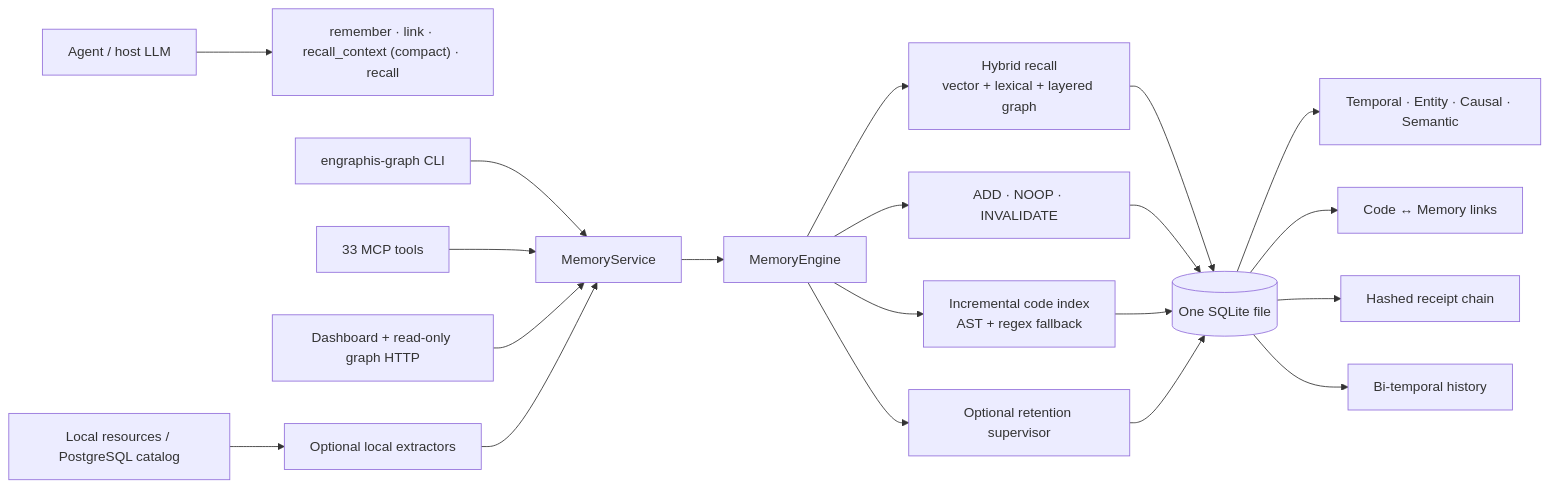
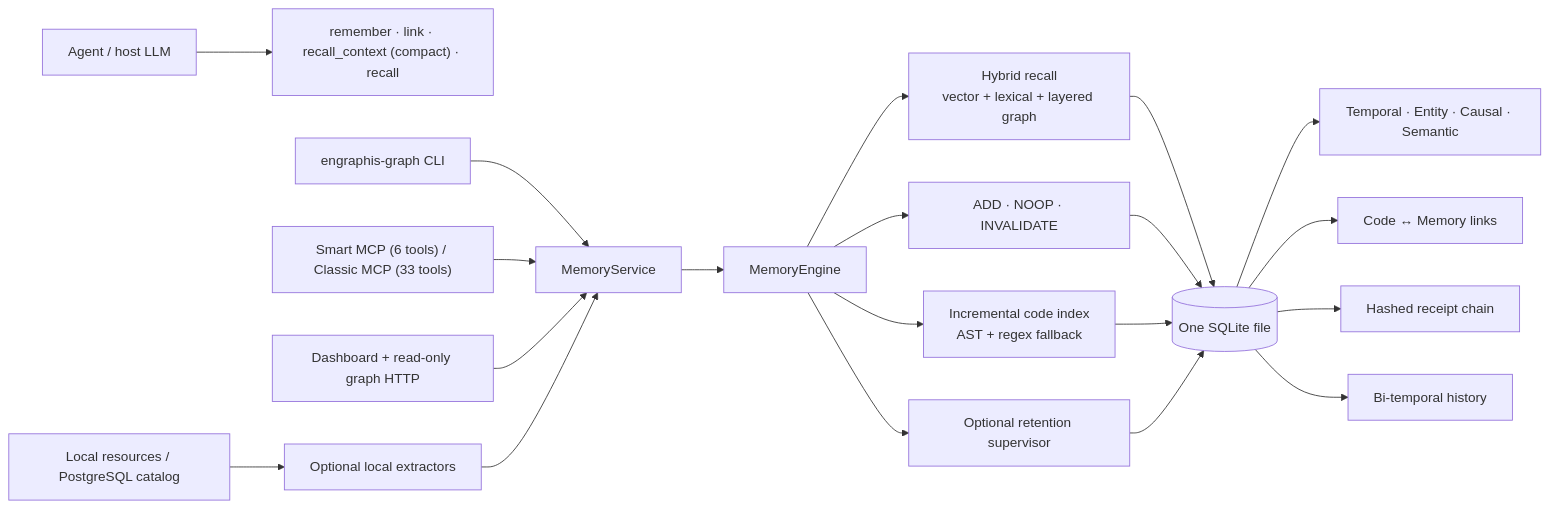
Before and after one commit to Coding-Dev-Tools/engraphis: the diagram in docs/ARCHITECTURE_V3.md, drawn with Mermaid. The commit also changed 61 other files, not shown here.

Commit message:
feat: harden smart MCP gateway and Pi integration

````diff
--- a/docs/ARCHITECTURE_V3.md
+++ b/docs/ARCHITECTURE_V3.md
@@ -6,25 +6,25 @@
 ```mermaid
 flowchart LR
     Agent["Agent / host LLM"] --> Intent["remember · link · recall_context (compact) · recall"]
     CLI["engraphis-graph CLI"] --> Service["MemoryService"]
-    MCP["33 MCP tools"] --> Service
+    MCP["Smart MCP (6 tools) / Classic MCP (33 tools)"] --> Service
     HTTP["Dashboard + read-only graph HTTP"] --> Service
     Import["Local resources / PostgreSQL catalog"] --> Extractors["Optional local extractors"]
     Extractors --> Service
 
     Service --> Engine["MemoryEngine"]
     Engine --> Recall["Hybrid recall\nvector + lexical + layered graph"]
     Engine --> Resolver["ADD · NOOP · INVALIDATE"]
     Engine --> Code["Incremental code index\nAST + regex fallback"]
     Engine --> Retention["Optional retention supervisor"]
 
     Recall --> SQLite[("One SQLite file")]
     Resolver --> SQLite
     Code --> SQLite
     Retention --> SQLite
 
     SQLite --> Layers["Temporal · Entity · Causal · Semantic"]
     SQLite --> Bridge["Code ↔ Memory links"]
     SQLite --> Receipts["Hashed receipt chain"]
     SQLite --> History["Bi-temporal history"]
 ```
````
